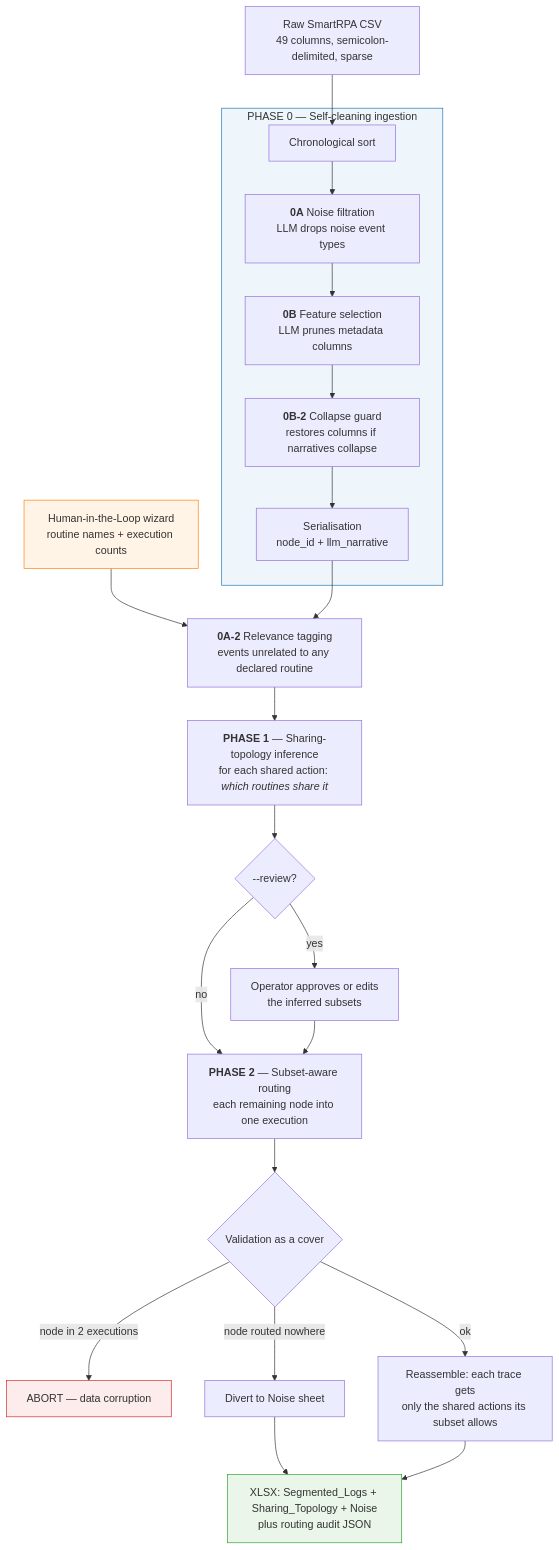
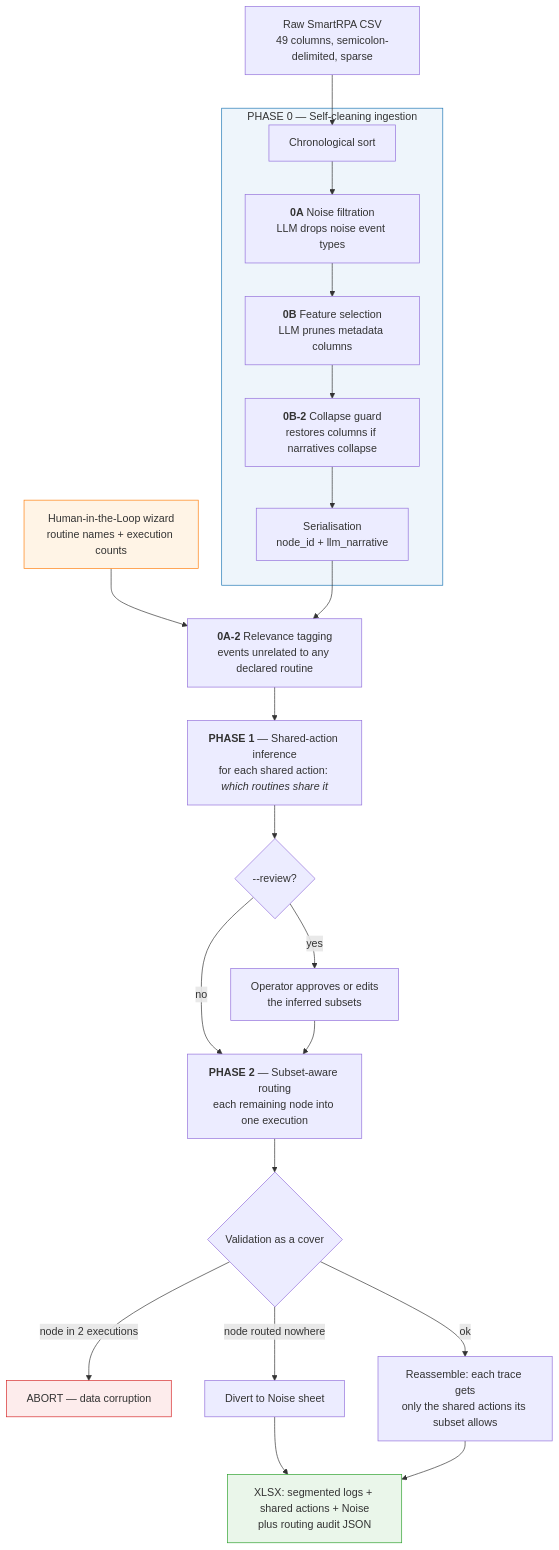
Before and after one commit to leoricca02/thesis-rpa-log-segmentation: the diagram in README.md, drawn with Mermaid. The commit also changed other lines of this file and 1 other file, not shown here.

First line of the commit message:
docs: count 6 shared actions, drop 'topology', select Gemini 3.6 Flash

````diff
--- a/README.md
+++ b/README.md
@@ -83,33 +83,33 @@
 ```mermaid
 flowchart TD
     A["Raw SmartRPA CSV<br/>49 columns, semicolon-delimited, sparse"] --> B
 
     subgraph P0["PHASE 0 — Self-cleaning ingestion"]
         B["Chronological sort"] --> C["<b>0A</b> Noise filtration<br/>LLM drops noise event types"]
         C --> D["<b>0B</b> Feature selection<br/>LLM prunes metadata columns"]
         D --> E["<b>0B-2</b> Collapse guard<br/>restores columns if narratives collapse"]
         E --> F["Serialisation<br/>node_id + llm_narrative"]
     end
 
     W["Human-in-the-Loop wizard<br/>routine names + execution counts"] --> G
     F --> G["<b>0A-2</b> Relevance tagging<br/>events unrelated to any declared routine"]
 
-    G --> H["<b>PHASE 1</b> — Sharing-topology inference<br/>for each shared action: <i>which routines share it</i>"]
+    G --> H["<b>PHASE 1</b> — Shared-action inference<br/>for each shared action: <i>which routines share it</i>"]
     H --> R{"--review?"}
     R -->|"yes"| I["Operator approves or edits<br/>the inferred subsets"]
     R -->|"no"| J
     I --> J["<b>PHASE 2</b> — Subset-aware routing<br/>each remaining node into one execution"]
 
     J --> V{"Validation as a cover"}
     V -->|"node in 2 executions"| X["ABORT — data corruption"]
     V -->|"node routed nowhere"| N["Divert to Noise sheet"]
     V -->|"ok"| K["Reassemble: each trace gets<br/>only the shared actions its subset allows"]
 
     N --> O
-    K --> O["XLSX: Segmented_Logs + Sharing_Topology + Noise<br/>plus routing audit JSON"]
+    K --> O["XLSX: segmented logs + shared actions + Noise<br/>plus routing audit JSON"]
 
     style P0 fill:#eef5fb,stroke:#1F77B4
     style W fill:#fff4e6,stroke:#FF7F0E
     style X fill:#fdecec,stroke:#D62728
     style O fill:#eaf6ea,stroke:#2CA02C
 ```
````
